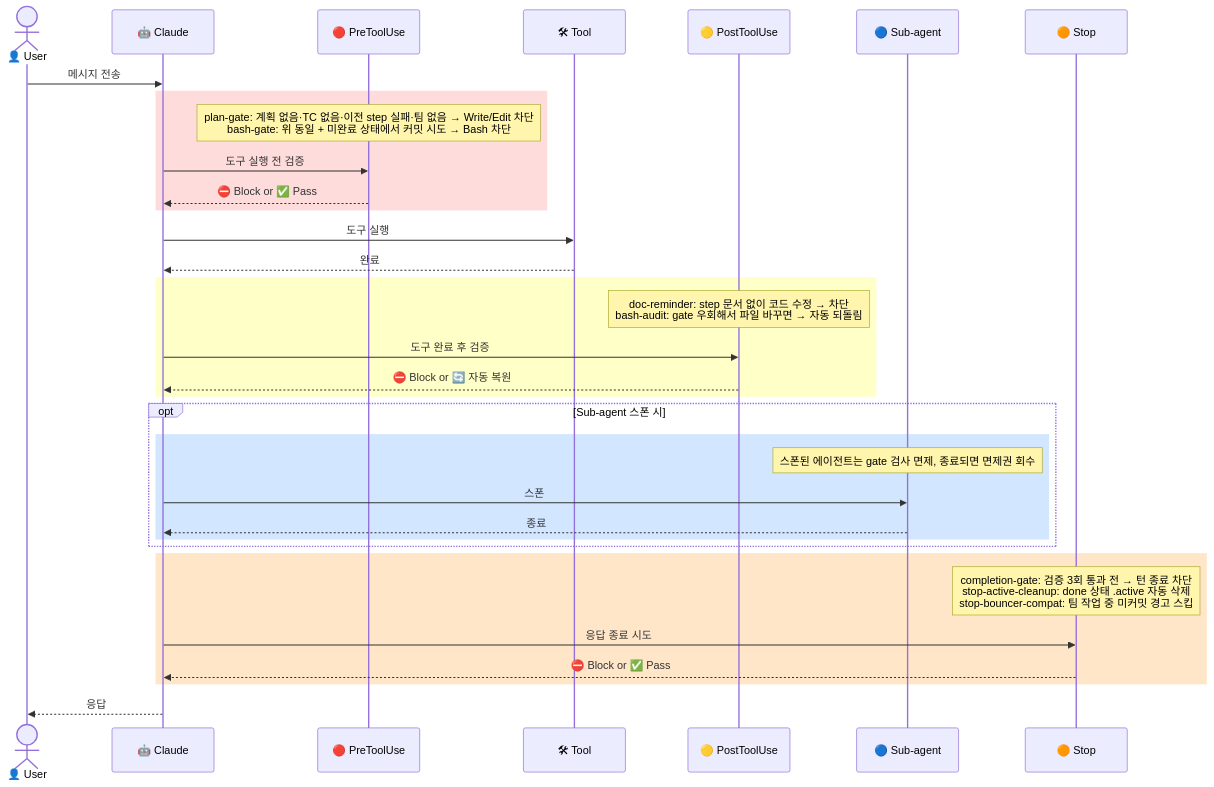
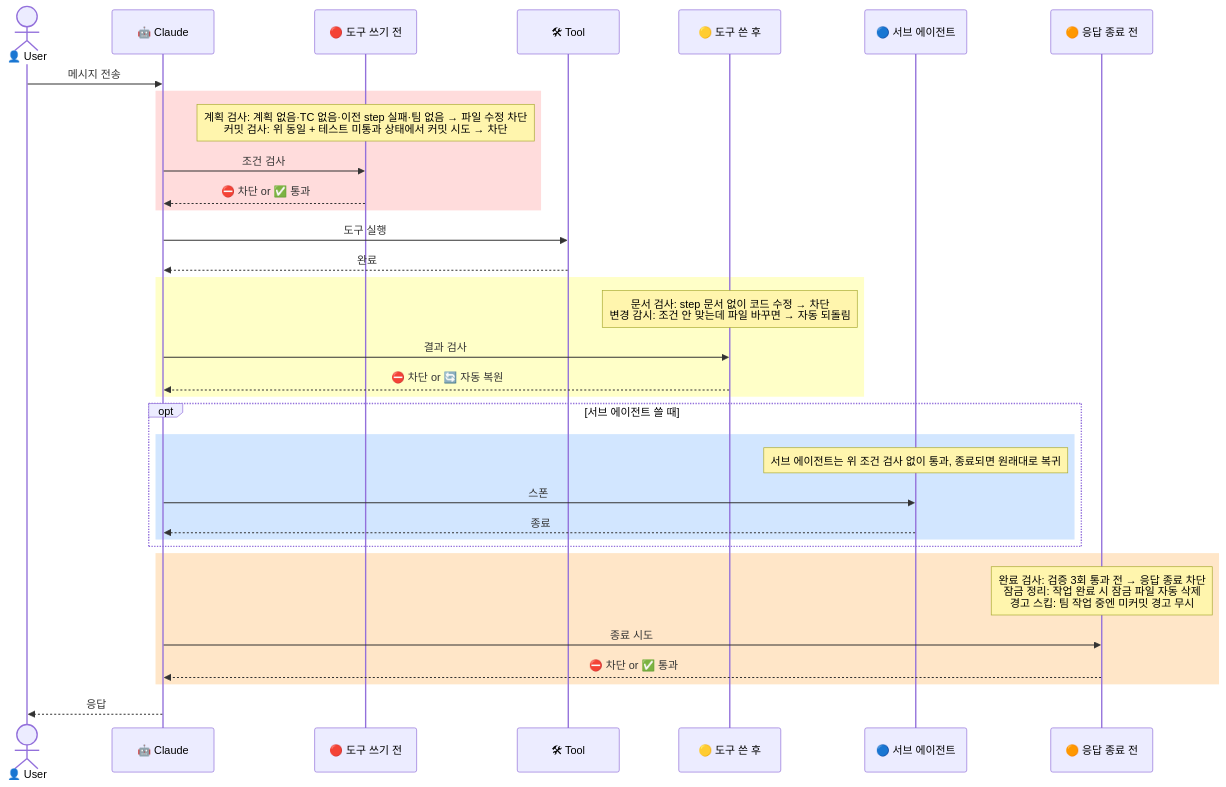
The diagram in docs/hooks-lifecycle.md (kangraemin/ai-bouncer), drawn with Mermaid before and after one commit. The commit also changed other lines of this file, not shown here.

Commit message:
docs: 다이어그램 및 표에서 gate 용어 제거, 한국어로 전면 교체

````diff
--- a/docs/hooks-lifecycle.md
+++ b/docs/hooks-lifecycle.md
@@ -25,43 +25,43 @@
 ```mermaid
 sequenceDiagram
     actor U as 👤 User
     participant C as 🤖 Claude
-    participant PRE as 🔴 PreToolUse
+    participant PRE as 🔴 도구 쓰기 전
     participant T as 🛠 Tool
-    participant POST as 🟡 PostToolUse
-    participant SUB as 🔵 Sub-agent
-    participant STP as 🟠 Stop
+    participant POST as 🟡 도구 쓴 후
+    participant SUB as 🔵 서브 에이전트
+    participant STP as 🟠 응답 종료 전
 
     U->>C: 메시지 전송
 
     rect rgb(255, 220, 220)
-        note over PRE: plan-gate: 계획 없음·TC 없음·이전 step 실패·팀 없음 → Write/Edit 차단<br/>bash-gate: 위 동일 + 미완료 상태에서 커밋 시도 → Bash 차단
-        C->>PRE: 도구 실행 전 검증
-        PRE-->>C: ⛔ Block or ✅ Pass
+        note over PRE: 계획 검사: 계획 없음·TC 없음·이전 step 실패·팀 없음 → 파일 수정 차단<br/>커밋 검사: 위 동일 + 테스트 미통과 상태에서 커밋 시도 → 차단
+        C->>PRE: 조건 검사
+        PRE-->>C: ⛔ 차단 or ✅ 통과
     end
 
     C->>T: 도구 실행
     T-->>C: 완료
 
     rect rgb(255, 255, 200)
-        note over POST: doc-reminder: step 문서 없이 코드 수정 → 차단<br/>bash-audit: gate 우회해서 파일 바꾸면 → 자동 되돌림
-        C->>POST: 도구 완료 후 검증
-        POST-->>C: ⛔ Block or 🔄 자동 복원
+        note over POST: 문서 검사: step 문서 없이 코드 수정 → 차단<br/>변경 감시: 조건 안 맞는데 파일 바꾸면 → 자동 되돌림
+        C->>POST: 결과 검사
+        POST-->>C: ⛔ 차단 or 🔄 자동 복원
     end
 
-    opt Sub-agent 스폰 시
+    opt 서브 에이전트 쓸 때
         rect rgb(210, 230, 255)
-            note over SUB: 스폰된 에이전트는 gate 검사 면제, 종료되면 면제권 회수
+            note over SUB: 서브 에이전트는 위 조건 검사 없이 통과, 종료되면 원래대로 복귀
             C->>SUB: 스폰
             SUB-->>C: 종료
         end
     end
 
     rect rgb(255, 230, 200)
-        note over STP: completion-gate: 검증 3회 통과 전 → 턴 종료 차단<br/>stop-active-cleanup: done 상태 .active 자동 삭제<br/>stop-bouncer-compat: 팀 작업 중 미커밋 경고 스킵
-        C->>STP: 응답 종료 시도
-        STP-->>C: ⛔ Block or ✅ Pass
+        note over STP: 완료 검사: 검증 3회 통과 전 → 응답 종료 차단<br/>잠금 정리: 작업 완료 시 잠금 파일 자동 삭제<br/>경고 스킵: 팀 작업 중엔 미커밋 경고 무시
+        C->>STP: 종료 시도
+        STP-->>C: ⛔ 차단 or ✅ 통과
     end
 
     C-->>U: 응답
 ```
````
